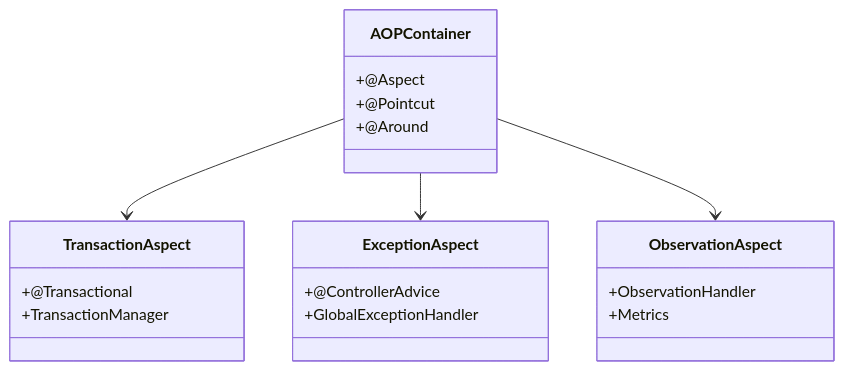
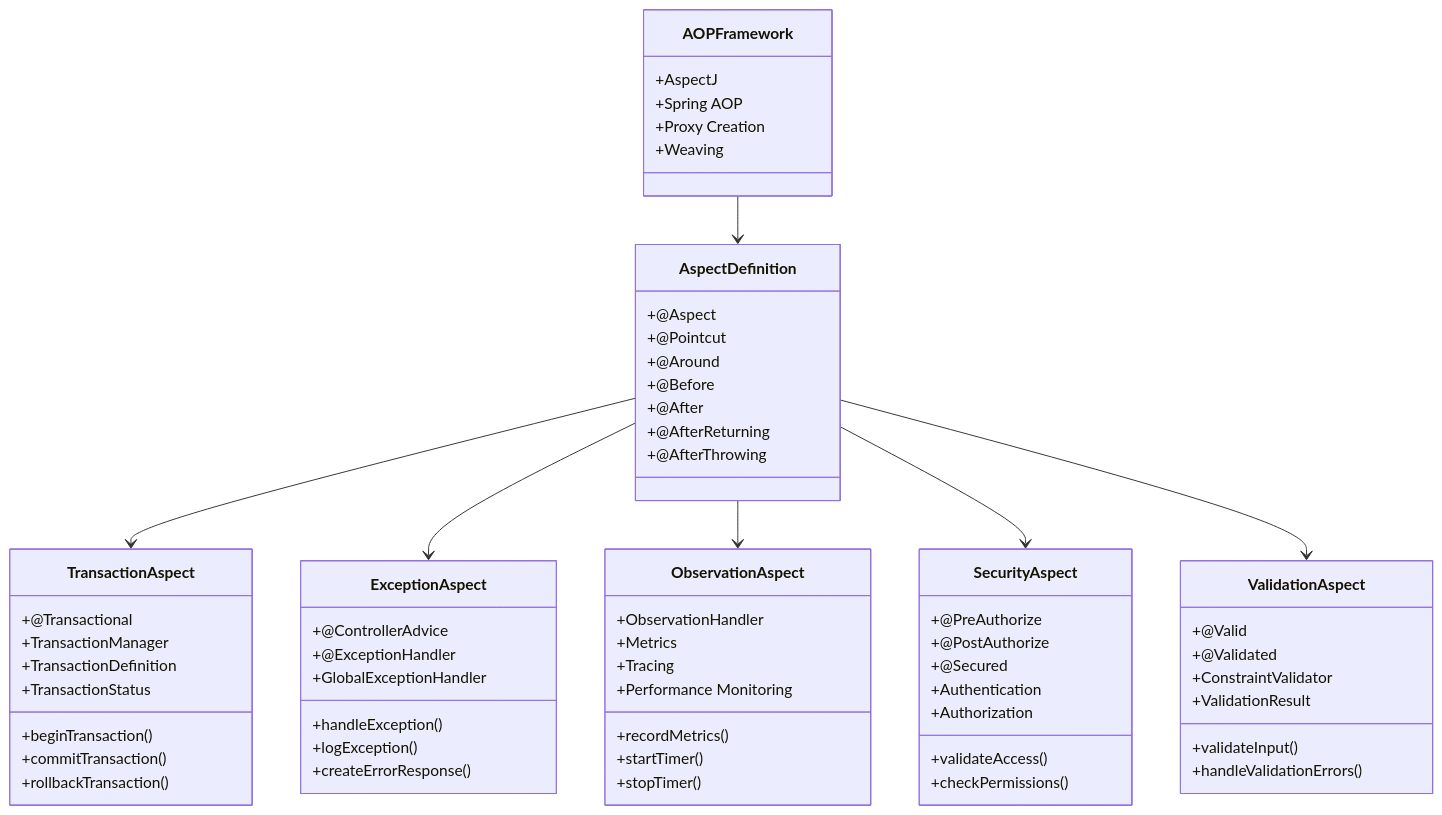
The ninth of 16 diagrams in README.md (Vinskao/ty-multiverse-backend), drawn with Mermaid before and after one commit. The commit also changed other lines of this file, not shown here.

Commit message:
info: update graph

````diff
--- a/README.md
+++ b/README.md
@@ -289,27 +470,74 @@
 ```mermaid
 classDiagram
-    class AOPContainer {
+    class AOPFramework {
+        +AspectJ
+        +Spring AOP
+        +Proxy Creation
+        +Weaving
+    }
+    
+    class AspectDefinition {
         +@Aspect
         +@Pointcut
         +@Around
+        +@Before
+        +@After
+        +@AfterReturning
+        +@AfterThrowing
     }
     
     class TransactionAspect {
         +@Transactional
         +TransactionManager
+        +TransactionDefinition
+        +TransactionStatus
+        +beginTransaction()
+        +commitTransaction()
+        +rollbackTransaction()
     }
     
     class ExceptionAspect {
         +@ControllerAdvice
+        +@ExceptionHandler
         +GlobalExceptionHandler
+        +handleException()
+        +logException()
+        +createErrorResponse()
     }
     
     class ObservationAspect {
         +ObservationHandler
         +Metrics
+        +Tracing
+        +Performance Monitoring
+        +recordMetrics()
+        +startTimer()
+        +stopTimer()
     }
     
-    AOPContainer --> TransactionAspect
-    AOPContainer --> ExceptionAspect
-    AOPContainer --> ObservationAspect
+    class SecurityAspect {
+        +@PreAuthorize
+        +@PostAuthorize
+        +@Secured
+        +Authentication
+        +Authorization
+        +validateAccess()
+        +checkPermissions()
+    }
+    
+    class ValidationAspect {
+        +@Valid
+        +@Validated
+        +ConstraintValidator
+        +ValidationResult
+        +validateInput()
+        +handleValidationErrors()
+    }
+    
+    AOPFramework --> AspectDefinition
+    AspectDefinition --> TransactionAspect
+    AspectDefinition --> ExceptionAspect
+    AspectDefinition --> ObservationAspect
+    AspectDefinition --> SecurityAspect
+    AspectDefinition --> ValidationAspect
 ```
````
